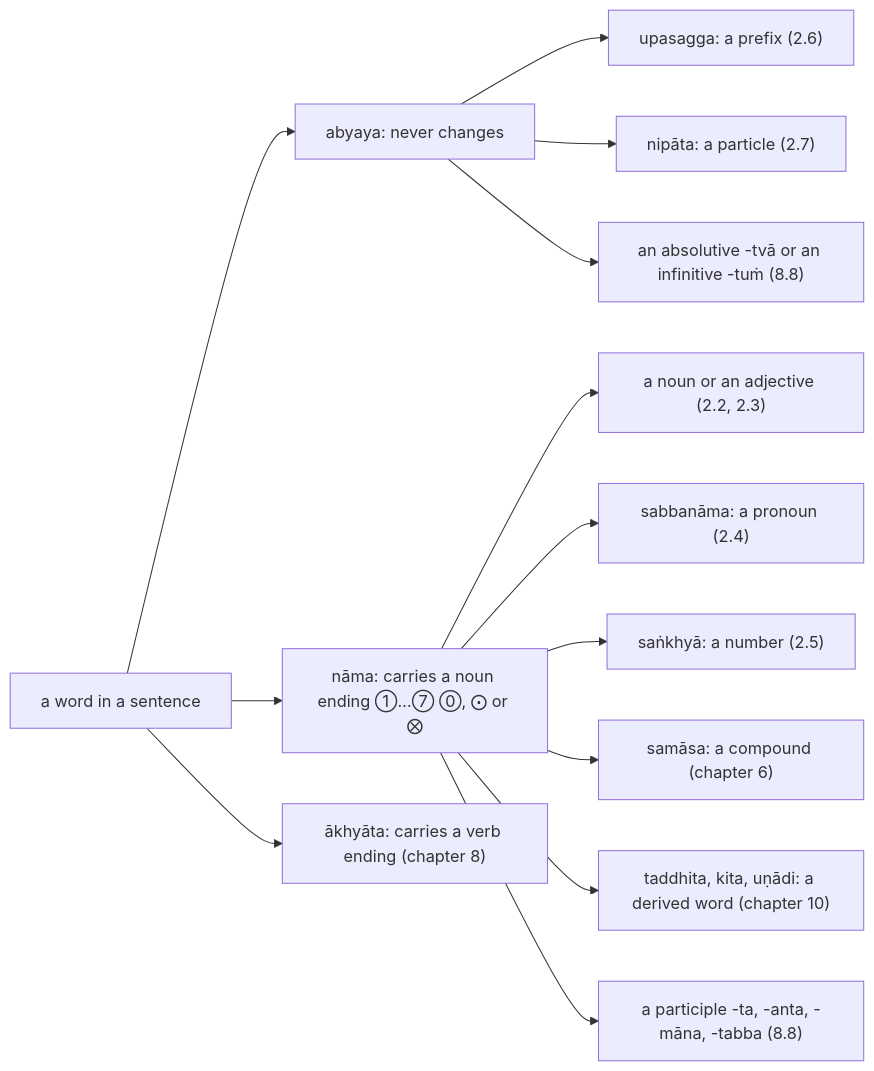
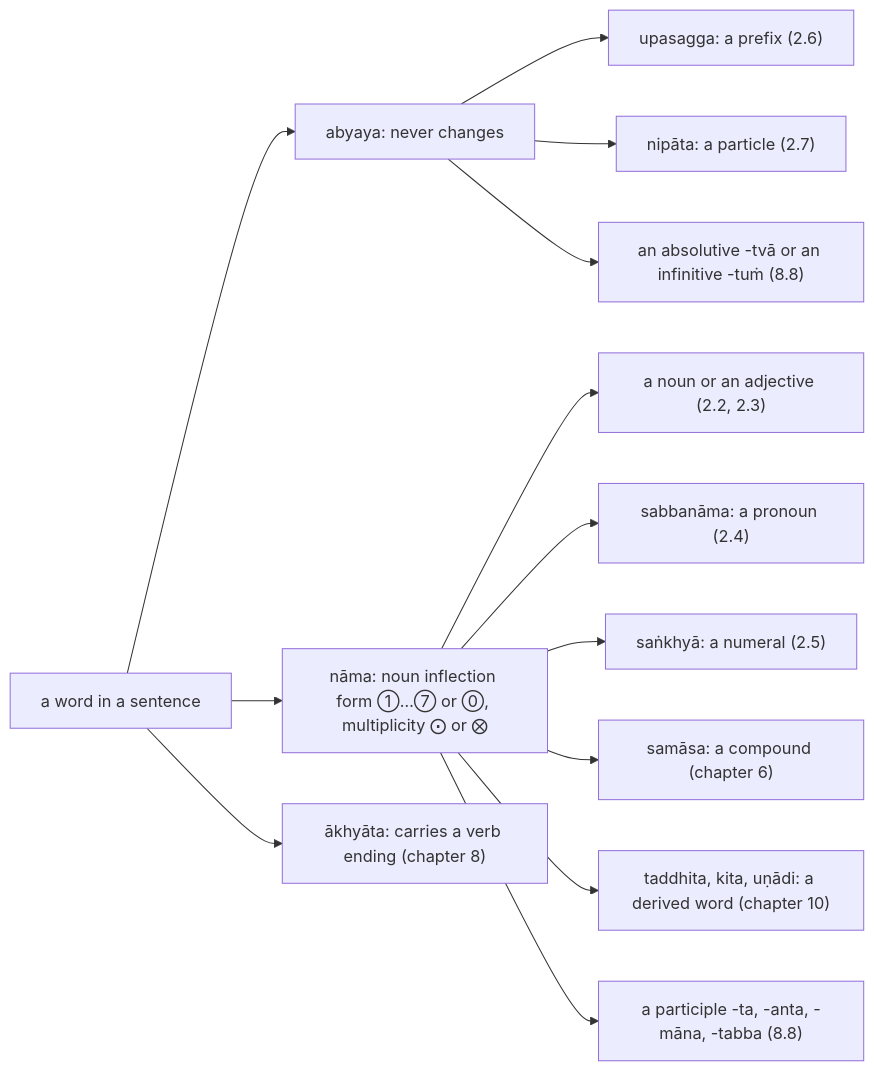
Before and after one commit to ChristineTham/buddhavacana: the first of 8 diagrams in src/content/docs/Pali Textbook/1-basics.md, drawn with Mermaid. The commit also changed other lines of this file and 48 other files, not shown here.

````diff
--- a/src/content/docs/Pali Textbook/1-basics.md
+++ b/src/content/docs/Pali Textbook/1-basics.md
@@ -1786,15 +1786,15 @@
 ```mermaid
 flowchart LR
   W["a word in a sentence"] --> A["abyaya: never changes"]
-  W --> N["nāma: carries a noun ending ①…⑦ ⓪, ⨀ or ⨂"]
+  W --> N["nāma: noun inflection form ①…⑦ or ⓪, multiplicity ⨀ or ⨂"]
   W --> V["ākhyāta: carries a verb ending (chapter 8)"]
   A --> A1["upasagga: a prefix (2.6)"]
   A --> A2["nipāta: a particle (2.7)"]
   A --> A3["an absolutive -tvā or an infinitive -tuṁ (8.8)"]
   N --> N1["a noun or an adjective (2.2, 2.3)"]
   N --> N2["sabbanāma: a pronoun (2.4)"]
-  N --> N3["saṅkhyā: a number (2.5)"]
+  N --> N3["saṅkhyā: a numeral (2.5)"]
   N --> N4["samāsa: a compound (chapter 6)"]
   N --> N5["taddhita, kita, uṇādi: a derived word (chapter 10)"]
   N --> N6["a participle -ta, -anta, -māna, -tabba (8.8)"]
 ```
````
